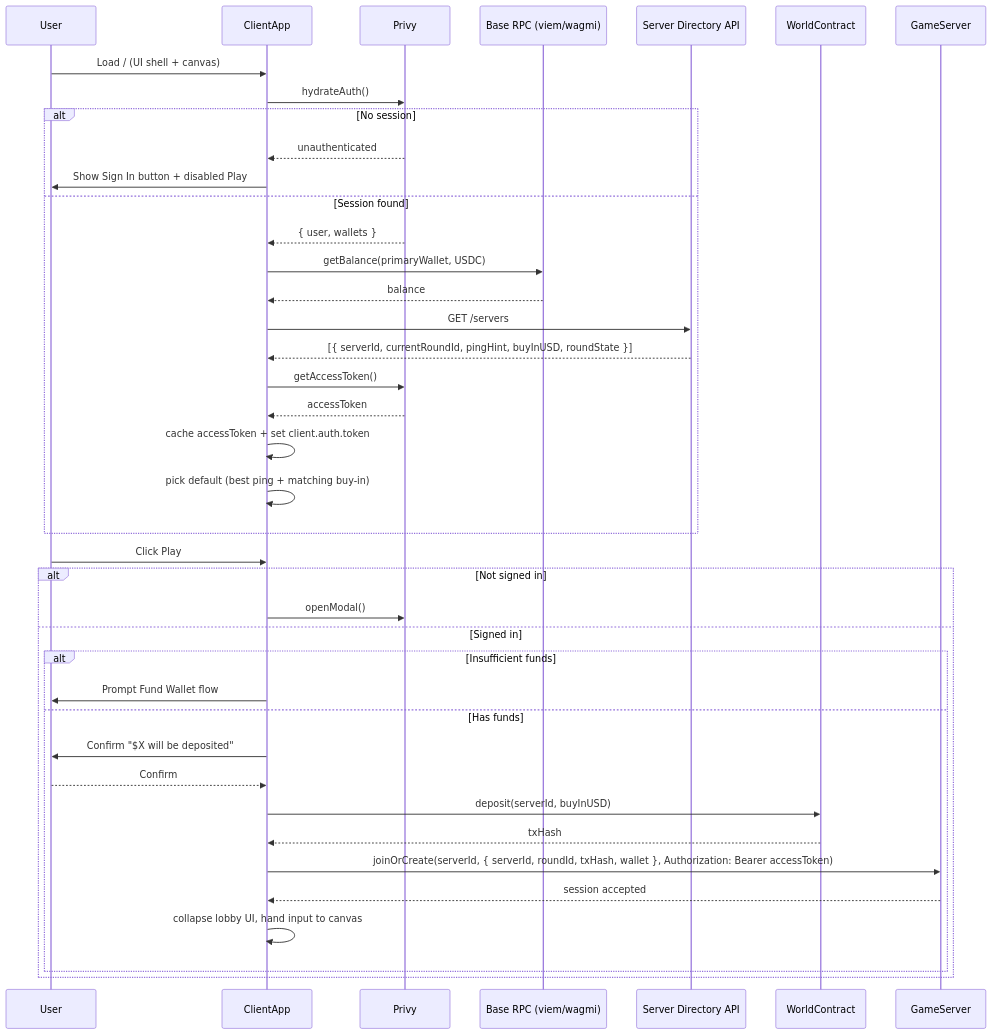
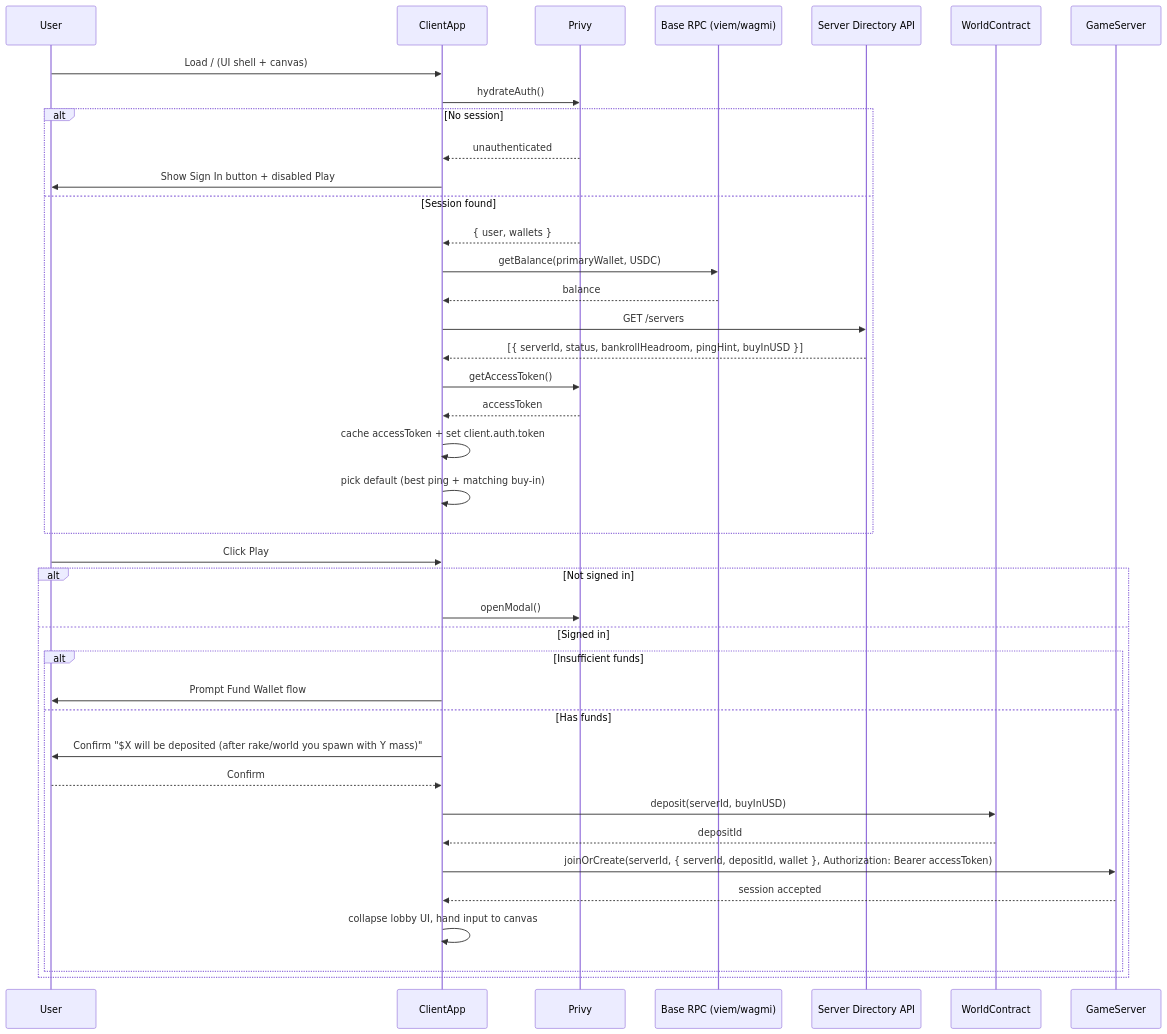
Before and after one commit to TheExpandingPolytope/goonverse: the sixth of 9 diagrams in ARCHITECTURE.md, drawn with Mermaid. The commit also changed other lines of this file and 37 other files, not shown here.

````diff
--- a/ARCHITECTURE.md
+++ b/ARCHITECTURE.md
@@ -278,44 +349,44 @@
 ```mermaid
 sequenceDiagram
     participant User
     participant ClientApp
     participant Privy
     participant WalletRPC as Base RPC (viem/wagmi)
     participant ServerDir as Server Directory API
     participant WorldContract
     participant GameServer
 
     User->>ClientApp: Load / (UI shell + canvas)
     ClientApp->>Privy: hydrateAuth()
     Alt No session
         Privy-->>ClientApp: unauthenticated
         ClientApp->>User: Show Sign In button + disabled Play
     Else Session found
         Privy-->>ClientApp: { user, wallets }
         ClientApp->>WalletRPC: getBalance(primaryWallet, USDC)
         WalletRPC-->>ClientApp: balance
         ClientApp->>ServerDir: GET /servers
-        ServerDir-->>ClientApp: [{ serverId, currentRoundId, pingHint, buyInUSD, roundState }]
+        ServerDir-->>ClientApp: [{ serverId, status, bankrollHeadroom, pingHint, buyInUSD }]
         ClientApp->>Privy: getAccessToken()
         Privy-->>ClientApp: accessToken
         ClientApp->>ClientApp: cache accessToken + set client.auth.token
         ClientApp->>ClientApp: pick default (best ping + matching buy-in)
     End
 
     User->>ClientApp: Click Play
     Alt Not signed in
         ClientApp->>Privy: openModal()
     Else Signed in
         Alt Insufficient funds
             ClientApp->>User: Prompt Fund Wallet flow
         Else Has funds
-            ClientApp->>User: Confirm "$X will be deposited"
+            ClientApp->>User: Confirm "$X will be deposited (after rake/world you spawn with Y mass)"
             User-->>ClientApp: Confirm
             ClientApp->>WorldContract: deposit(serverId, buyInUSD)
-            WorldContract-->>ClientApp: txHash
-            ClientApp->>GameServer: joinOrCreate(serverId, { serverId, roundId, txHash, wallet }, Authorization: Bearer accessToken)
+            WorldContract-->>ClientApp: depositId
+            ClientApp->>GameServer: joinOrCreate(serverId, { serverId, depositId, wallet }, Authorization: Bearer accessToken)
             GameServer-->>ClientApp: session accepted
             ClientApp->>ClientApp: collapse lobby UI, hand input to canvas
         End
     End
 ```
````
